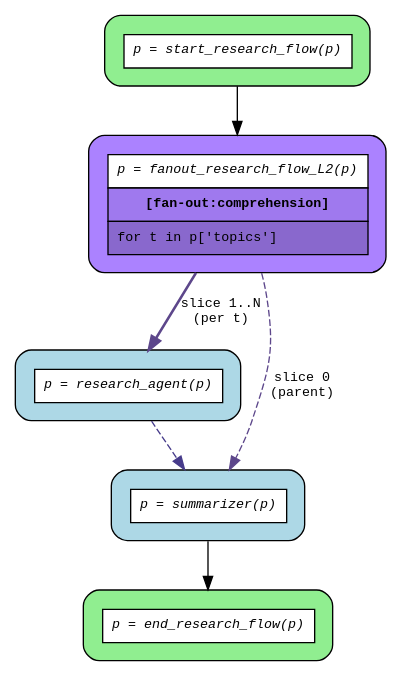
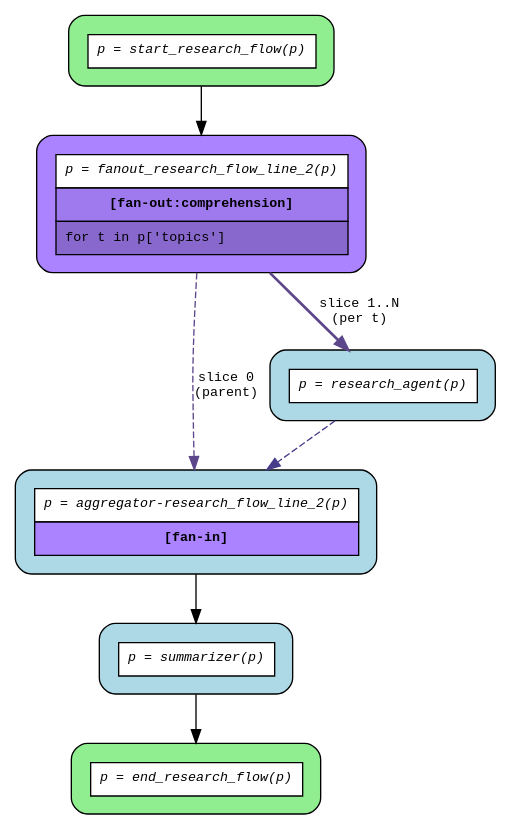
One commit to deliveryhero/asya changed the diagram in src/asya-testing/asya_testing/flows/research_flow/compiled/flow.dot. Above: the diagram before and after it, drawn with Graphviz. The commit also changed 22 other files, not shown here.

```diff
--- a/src/asya-testing/asya_testing/flows/research_flow/compiled/flow.dot
+++ b/src/asya-testing/asya_testing/flows/research_flow/compiled/flow.dot
@@ -1,18 +1,20 @@
 digraph flow {
   rankdir=TB;
   graph [fontname="Courier", fontsize=10];
   node [fontname="Courier", fontsize=10, shape=box, style="filled,rounded", margin="0.2"];
   edge [fontname="Courier", fontsize=10];
 
   start_research_flow [fillcolor="lightgreen", label=<<table border="0" cellspacing="0" cellpadding="6" cellborder="1"><tr><td bgcolor="white" align="center"><i>p = start_research_flow(p)</i></td></tr></table>>];
-  fanout_research_flow_L2 [fillcolor="mediumpurple1", label=<<table border="0" cellspacing="0" cellpadding="6" cellborder="1"><tr><td bgcolor="white" align="center"><i>p = fanout_research_flow_L2(p)</i></td></tr><tr><td bgcolor="mediumpurple2" align="center"><b>[fan-out:comprehension]</b></td></tr><tr><td bgcolor="mediumpurple3" align="left">for t in p['topics']</td></tr></table>>];
+  fanout_research_flow_line_2 [fillcolor="mediumpurple1", label=<<table border="0" cellspacing="0" cellpadding="6" cellborder="1"><tr><td bgcolor="white" align="center"><i>p = fanout_research_flow_line_2(p)</i></td></tr><tr><td bgcolor="mediumpurple2" align="center"><b>[fan-out:comprehension]</b></td></tr><tr><td bgcolor="mediumpurple3" align="left">for t in p['topics']</td></tr></table>>];
   end_research_flow [fillcolor="lightgreen", label=<<table border="0" cellspacing="0" cellpadding="6" cellborder="1"><tr><td bgcolor="white" align="center"><i>p = end_research_flow(p)</i></td></tr></table>>];
+  aggregator_research_flow_line_2 [fillcolor="lightblue", label=<<table border="0" cellspacing="0" cellpadding="6" cellborder="1"><tr><td bgcolor="white" align="center"><i>p = aggregator-research_flow_line_2(p)</i></td></tr><tr><td bgcolor="mediumpurple1" align="center"><b>[fan-in]</b></td></tr></table>>];
   research_agent [fillcolor="lightblue", label=<<table border="0" cellspacing="0" cellpadding="6" cellborder="1"><tr><td bgcolor="white" align="center"><i>p = research_agent(p)</i></td></tr></table>>];
   summarizer [fillcolor="lightblue", label=<<table border="0" cellspacing="0" cellpadding="6" cellborder="1"><tr><td bgcolor="white" align="center"><i>p = summarizer(p)</i></td></tr></table>>];
 
-  fanout_research_flow_L2 -> research_agent [color=mediumpurple4, label="slice 1..N\n(per t)", style=bold];
-  fanout_research_flow_L2 -> summarizer [color=mediumpurple4, label="slice 0\n(parent)", style=dashed];
-  research_agent -> summarizer [color=slateblue4, style=dashed];
-  start_research_flow -> fanout_research_flow_L2;
+  aggregator_research_flow_line_2 -> summarizer;
+  fanout_research_flow_line_2 -> aggregator_research_flow_line_2 [color=mediumpurple4, label="slice 0\n(parent)", style=dashed];
+  fanout_research_flow_line_2 -> research_agent [color=mediumpurple4, label="slice 1..N\n(per t)", style=bold];
+  research_agent -> aggregator_research_flow_line_2 [color=slateblue4, style=dashed];
+  start_research_flow -> fanout_research_flow_line_2;
   summarizer -> end_research_flow;
 }
```
